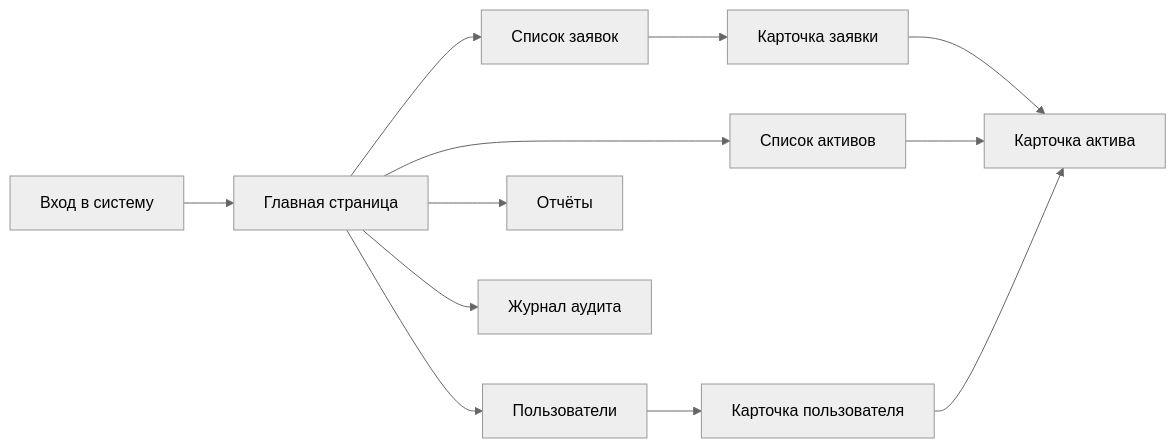
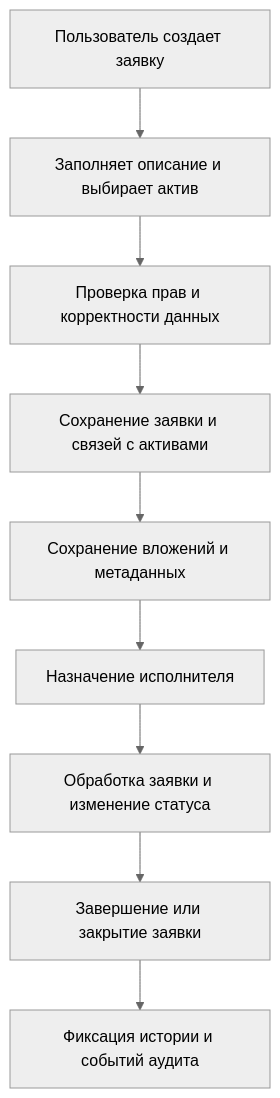
One commit to rrevva1/IAS_VNIIC changed the diagram in docs/vkr/export/mermaid-src/chapter2_fig_5.mmd. Above: the diagram before and after it, drawn with Mermaid (neutral theme). The commit also changed 557 other files, not shown here.

```diff
--- a/docs/vkr/export/mermaid-src/chapter2_fig_5.mmd
+++ b/docs/vkr/export/mermaid-src/chapter2_fig_5.mmd
@@ -1,12 +1,11 @@
-graph LR
-  loginScreen["Вход в систему"] --> dashboard["Главная страница"]
-  dashboard --> tasksList["Список заявок"]
-  dashboard --> assetsList["Список активов"]
-  dashboard --> usersList["Пользователи"]
-  dashboard --> reportsPage["Отчёты"]
-  dashboard --> auditPage["Журнал аудита"]
-  tasksList --> taskView["Карточка заявки"]
-  taskView --> assetView["Карточка актива"]
-  assetsList --> assetView
-  usersList --> userCard["Карточка пользователя"]
-  userCard --> assetView
+%% Рисунок 2.5 — Диаграмма процесса обработки заявки, связанной с техническим средством
+%% Нотация: BPMN/Activity (адаптировано в flowchart)
+graph TB
+  startNode["Пользователь создает заявку"] --> describeIssue["Заполняет описание и выбирает актив"]
+  describeIssue --> validateRights["Проверка прав и корректности данных"]
+  validateRights --> saveTask["Сохранение заявки и связей с активами"]
+  saveTask --> attachFiles["Сохранение вложений и метаданных"]
+  attachFiles --> assignExecutor["Назначение исполнителя"]
+  assignExecutor --> workTask["Обработка заявки и изменение статуса"]
+  workTask --> closeTask["Завершение или закрытие заявки"]
+  closeTask --> auditEvent["Фиксация истории и событий аудита"]
```
